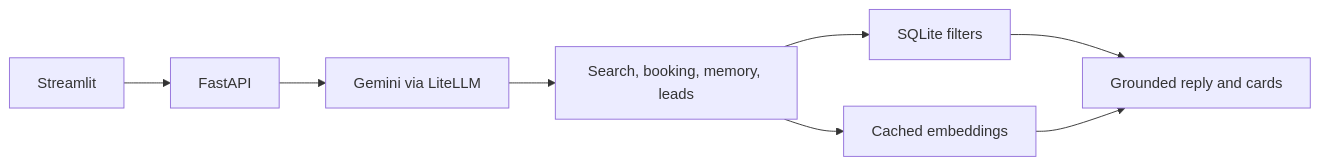
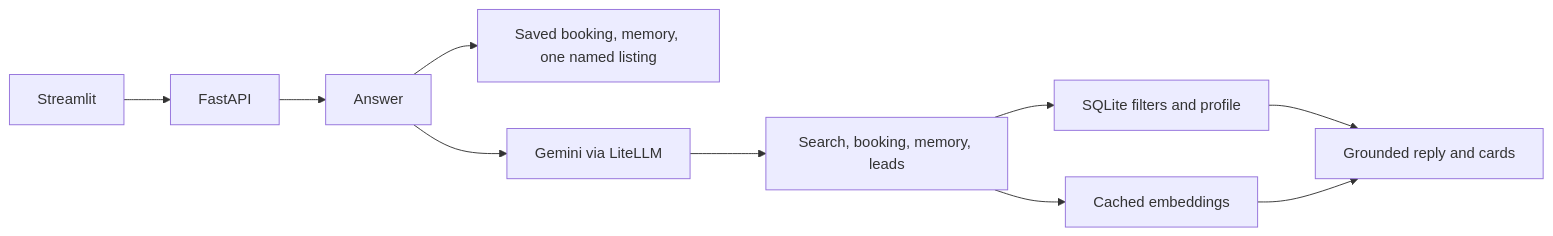
The diagram in README.md (renadsameh24/Dubizzle-car-assistant-), drawn with Mermaid before and after one commit. The commit also changed other lines of this file and 14 other files, not shown here.

````diff
--- a/README.md
+++ b/README.md
@@ -18,10 +94,12 @@
 ```mermaid
 flowchart LR
   UI[Streamlit] --> API[FastAPI]
-  API --> Agent[Gemini via LiteLLM]
-  Agent --> Tools[Search, booking, memory, leads]
-  Tools --> SQL[SQLite filters]
+  API --> Agent[Answer]
+  Agent --> Local[Saved booking, memory, one named listing]
+  Agent --> Gemini[Gemini via LiteLLM]
+  Gemini --> Tools[Search, booking, memory, leads]
+  Tools --> SQL[SQLite filters and profile]
   Tools --> Emb[Cached embeddings]
   SQL --> Reply[Grounded reply and cards]
   Emb --> Reply
 ```
````
